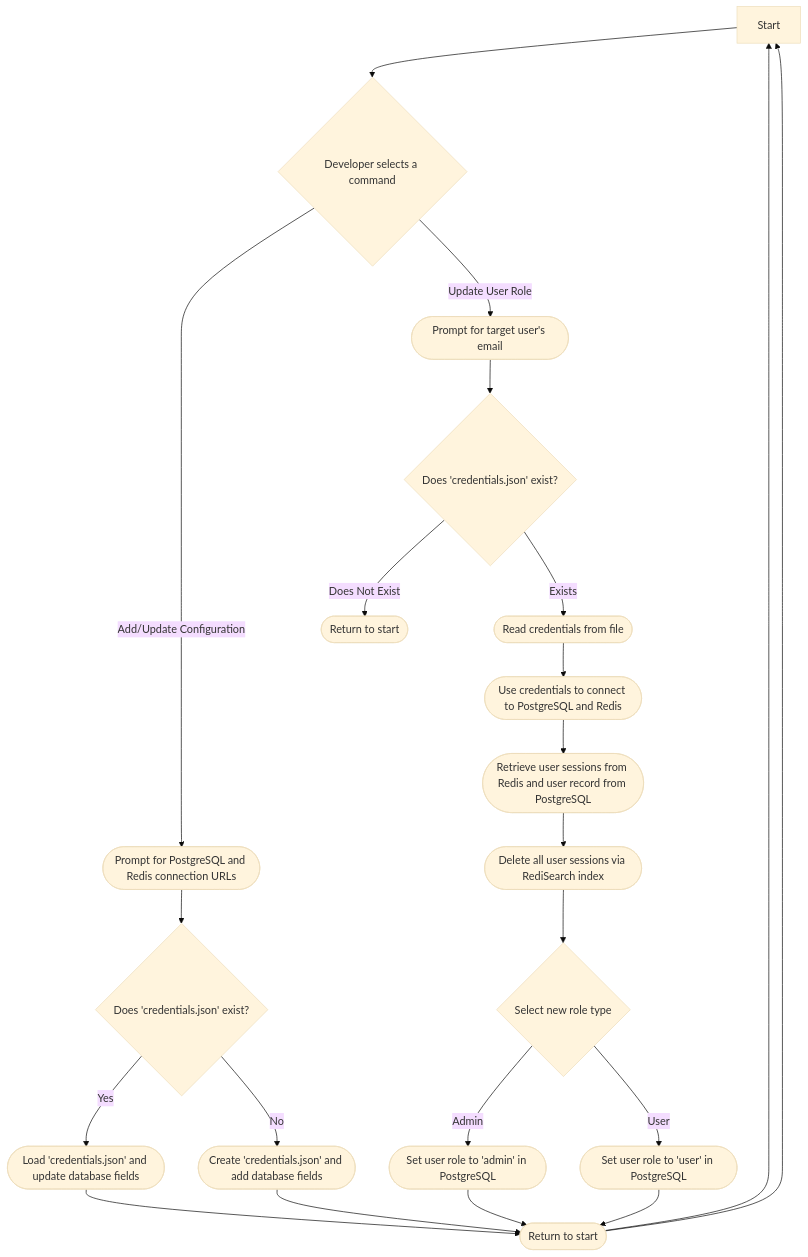
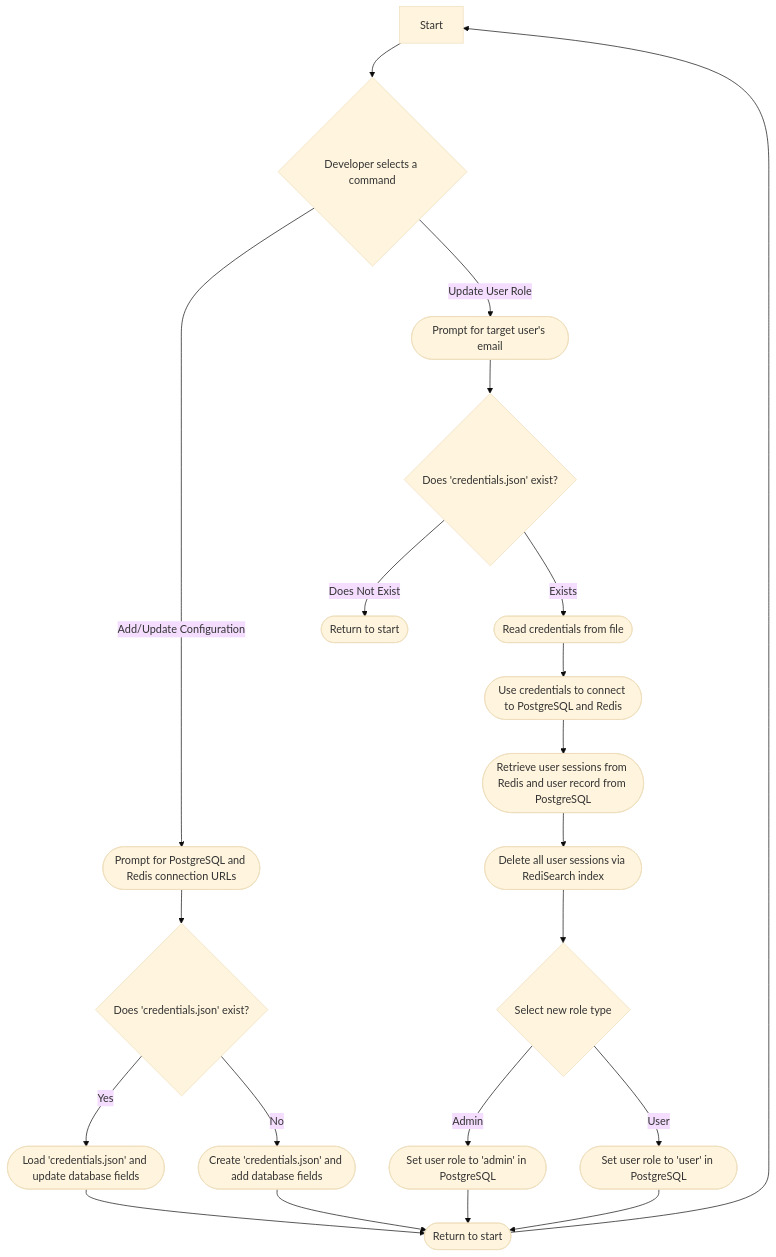
Before and after one commit to Hemit99123/stocksavvy-software-designs: the diagram in ract.md, drawn with Mermaid (base theme).

````diff
--- a/ract.md
+++ b/ract.md
@@ -5,27 +5,26 @@
 ```mermaid
 flowchart 
     Start["Start"] --> CommandChoice{"Developer selects a command"}
     
     CommandChoice -- Add/Update Configuration --> RequestDBCredentials(["Prompt for PostgreSQL and Redis connection URLs"])
     RequestDBCredentials --> CheckConfigFile{"Does 'credentials.json' exist?"}
     CheckConfigFile -- Yes --> LoadAndUpdateConfig(["Load 'credentials.json' and update database fields"])
     CheckConfigFile -- No --> CreateConfigFile(["Create 'credentials.json' and add database fields"])
     LoadAndUpdateConfig --> ReturnToStart(["Return to start"])
     CreateConfigFile --> ReturnToStart
-    ReturnToStart --> Start
 
     CommandChoice -- Update User Role --> RequestUserEmail(["Prompt for target user's email"])
     RequestUserEmail --> CheckCredentialsFile{"Does 'credentials.json' exist?"}
     CheckCredentialsFile -- Exists --> ReadCredentials(["Read credentials from file"])
     CheckCredentialsFile -- Does Not Exist --> ReturnToStart2(["Return to start"])
     ReadCredentials --> ConnectToDB(["Use credentials to connect to PostgreSQL and Redis"])
     ConnectToDB --> RetrieveUserData(["Retrieve user sessions from Redis and user record from PostgreSQL"])
 
     RetrieveUserData --> DeleteUserSessions(["Delete all user sessions via RediSearch index"])
     DeleteUserSessions --> PromptForRoleChange{"Select new role type"}
     PromptForRoleChange -- Admin --> UpdateToAdmin(["Set user role to 'admin' in PostgreSQL"])
     PromptForRoleChange -- User --> UpdateToUser(["Set user role to 'user' in PostgreSQL"])
     UpdateToAdmin --> ReturnToStart
     UpdateToUser --> ReturnToStart
     ReturnToStart --> Start
 ```
````
